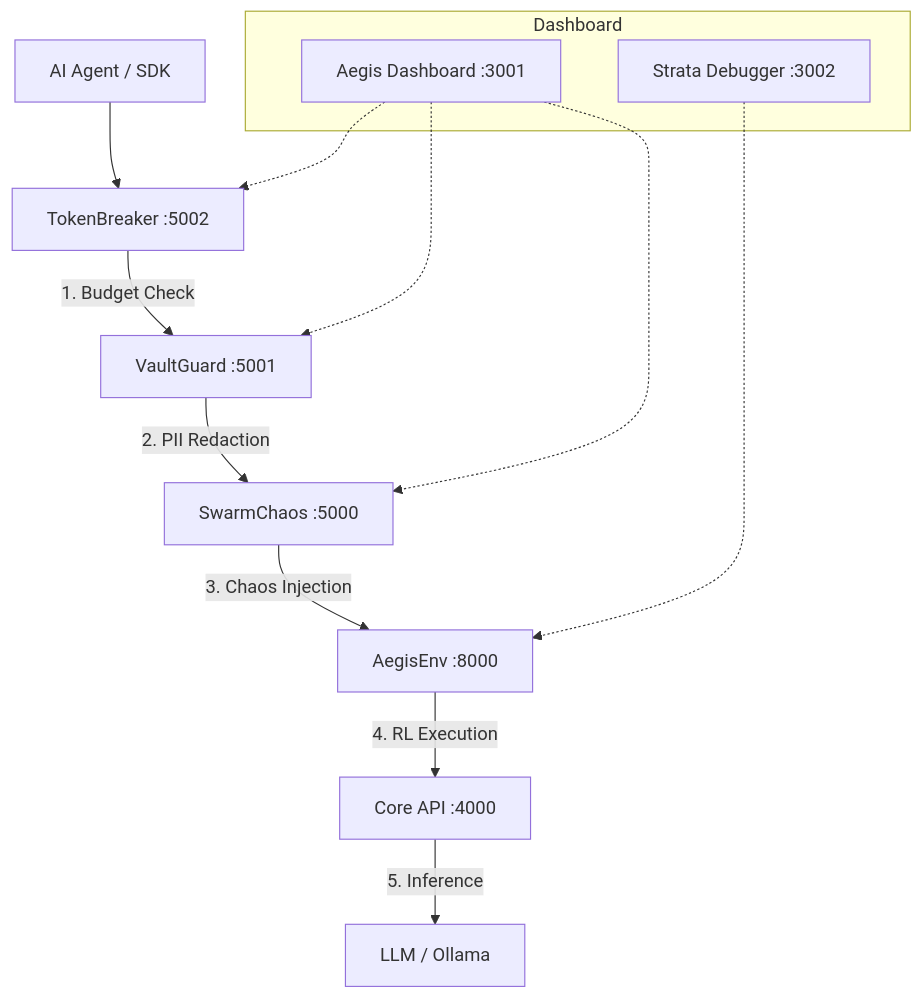
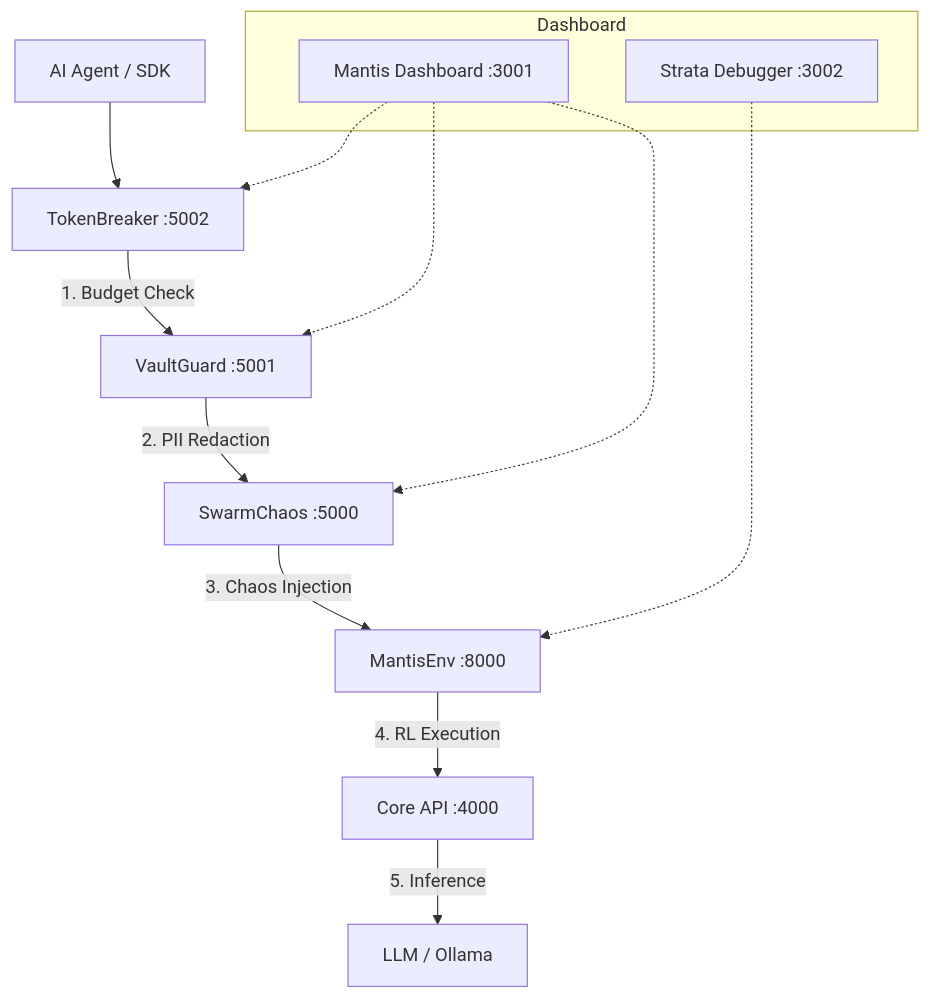
The diagram in README.md (Trapston3/DeployMantis), drawn with Mermaid before and after one commit. The commit also changed other lines of this file and 140 other files, not shown here.

````diff
--- a/README.md
+++ b/README.md
@@ -13,19 +13,19 @@
 ```mermaid
 graph TD
     Agent[AI Agent / SDK] --> TB[TokenBreaker :5002]
     TB -- "1. Budget Check" --> VG[VaultGuard :5001]
     VG -- "2. PII Redaction" --> SC[SwarmChaos :5000]
-    SC -- "3. Chaos Injection" --> AE[AegisEnv :8000]
+    SC -- "3. Chaos Injection" --> AE[MantisEnv :8000]
     AE -- "4. RL Execution" --> Core[Core API :4000]
     Core -- "5. Inference" --> LLM[LLM / Ollama]
     
     subgraph Dashboard
-        Dash[Aegis Dashboard :3001]
+        Dash[Mantis Dashboard :3001]
         Strata[Strata Debugger :3002]
     end
     
     Dash -.-> TB
     Dash -.-> VG
     Dash -.-> SC
     Strata -.-> AE
 ```
````
